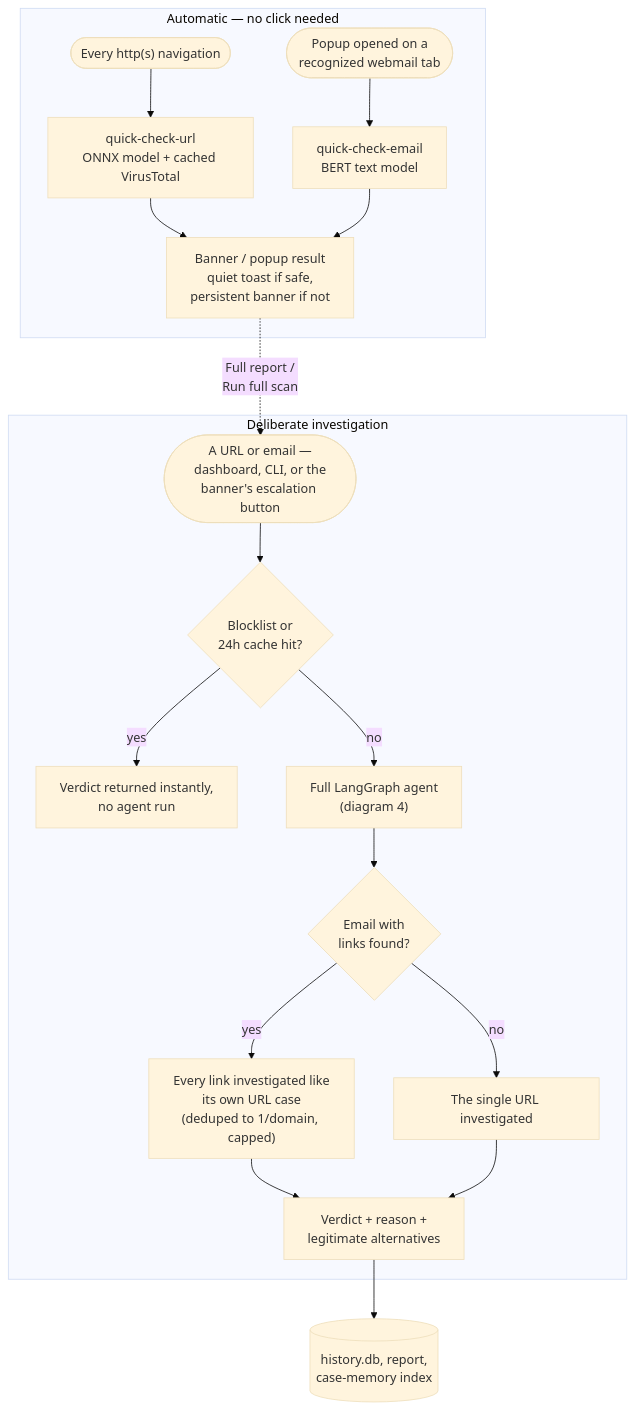
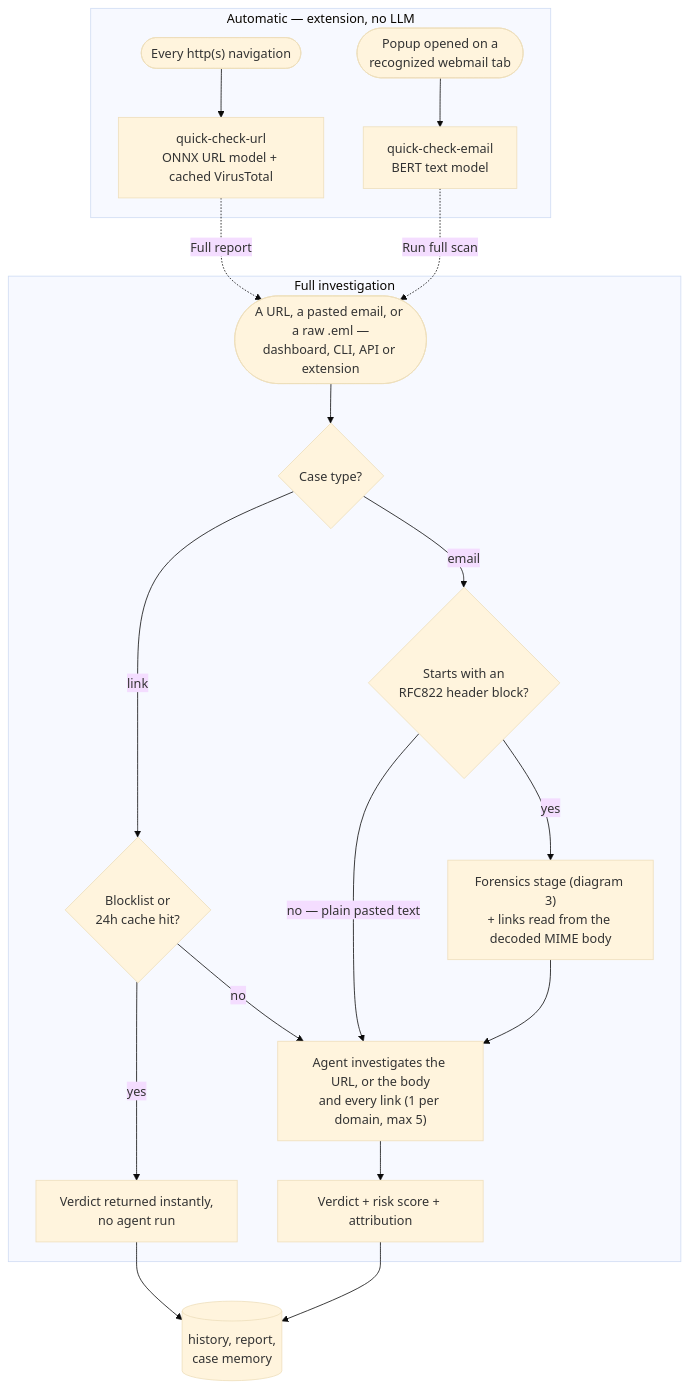
Before and after one commit to code-YK/Security-Copilot-Sih26: the second of 4 diagrams in README.md, drawn with Mermaid (base theme). The commit also changed other lines of this file and 2 other files, not shown here.

````diff
--- a/README.md
+++ b/README.md
@@ -99,23 +85,25 @@
 ```mermaid
 flowchart TD
-    subgraph Automatic["Automatic — no click needed"]
-        NAV(["Every http(s) navigation"]) --> QCU["quick-check-url\nONNX model + cached VirusTotal"]
-        OPEN(["Popup opened on a\nrecognized webmail tab"]) --> QCE["quick-check-email\nBERT text model"]
-        QCU --> BANNER["Banner / popup result\nquiet toast if safe,\npersistent banner if not"]
-        QCE --> BANNER
+    subgraph Automatic["Automatic — extension, no LLM"]
+        NAV(["Every http(s) navigation"]) --> QCU["quick-check-url<br/>ONNX URL model + cached VirusTotal"]
+        OPEN(["Popup opened on a<br/>recognized webmail tab"]) --> QCE["quick-check-email<br/>BERT text model"]
     end
 
-    subgraph Deliberate["Deliberate investigation"]
-        INPUT(["A URL or email —\ndashboard, CLI, or the\nbanner's escalation button"]) --> ROUTER{"Blocklist or\n24h cache hit?"}
-        BANNER -.->|"Full report /\nRun full scan"| INPUT
-        ROUTER -->|"yes"| INSTANT["Verdict returned instantly,\nno agent run"]
-        ROUTER -->|"no"| AGENT["Full LangGraph agent\n(diagram 4)"]
-        AGENT --> LINKS{"Email with\nlinks found?"}
-        LINKS -->|"yes"| MULTI["Every link investigated like\nits own URL case\n(deduped to 1/domain, capped)"]
-        LINKS -->|"no"| SINGLE["The single URL investigated"]
-        MULTI --> VERDICT["Verdict + reason +\nlegitimate alternatives"]
-        SINGLE --> VERDICT
+    subgraph Deliberate["Full investigation"]
+        INPUT(["A URL, a pasted email, or a raw .eml —<br/>dashboard, CLI, API or extension"]) --> KIND{"Case type?"}
+        KIND -->|"link"| ROUTER{"Blocklist or<br/>24h cache hit?"}
+        ROUTER -->|"yes"| INSTANT["Verdict returned instantly,<br/>no agent run"]
+        ROUTER -->|"no"| AGENT
+        KIND -->|"email"| RAW{"Starts with an<br/>RFC822 header block?"}
+        RAW -->|"yes"| FOR["Forensics stage (diagram 3)<br/>+ links read from the decoded MIME body"]
+        RAW -->|"no — plain pasted text"| AGENT
+        FOR --> AGENT["Agent investigates the URL, or the body<br/>and every link (1 per domain, max 5)"]
+        AGENT --> VERDICT["Verdict + risk score + attribution"]
     end
 
-    VERDICT --> HISTORY[("history.db, report,\ncase-memory index")]
+    INSTANT --> HISTORY
+
+    QCU -.->|"Full report"| INPUT
+    QCE -.->|"Run full scan"| INPUT
+    VERDICT --> HISTORY[("history, report,<br/>case memory")]
 ```
````
